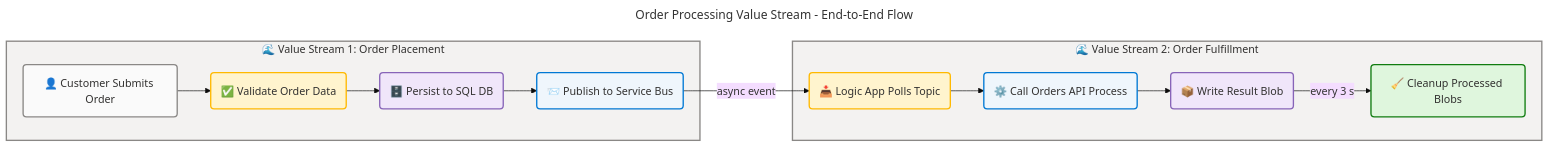
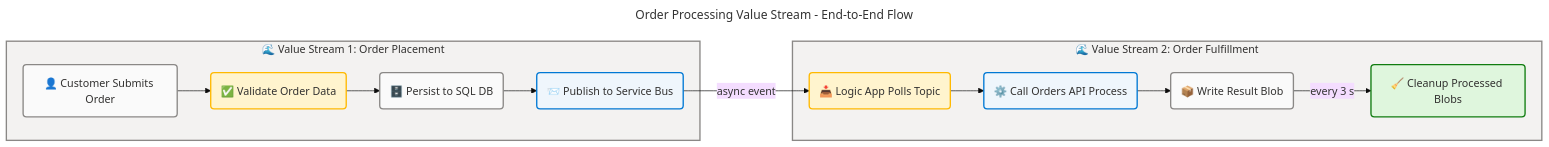
One commit to Evilazaro/Azure-LogicApps-Monitoring changed the third of 6 diagrams in docs/architecture/business-architecture.md. Above: the diagram before and after it, drawn with Mermaid. The commit also changed other lines of this file, not shown here.

Commit message:
style: Update class definitions in business architecture diagrams to use 'neutral' for data elements

````diff
--- a/docs/architecture/business-architecture.md
+++ b/docs/architecture/business-architecture.md
@@ -340,60 +336,57 @@
 ```mermaid
 ---
 title: Order Processing Value Stream - End-to-End Flow
 config:
   theme: base
   look: classic
   layout: dagre
   themeVariables:
     fontSize: '16px'
   flowchart:
     htmlLabels: true
 ---
 flowchart LR
     accTitle: Order Processing Value Stream Flow
     accDescr: End-to-end order processing value stream from customer order submission through validation, persistence, event-driven processing by Logic Apps, and blob-based state tracking with automated cleanup.
 
     %% ═══════════════════════════════════════════════════════════════════════════
     %% AZURE / FLUENT ARCHITECTURE PATTERN v1.1
     %% (Semantic + Structural + Font + Accessibility Governance)
     %% ═══════════════════════════════════════════════════════════════════════════
     %% PHASE 1 - FLUENT UI: All styling uses approved Fluent UI palette only
     %% PHASE 2 - GROUPS: Every subgraph has semantic color via style directive
     %% PHASE 3 - COMPONENTS: Every node has semantic classDef + icon prefix
     %% PHASE 4 - ACCESSIBILITY: accTitle/accDescr present, WCAG AA contrast
     %% PHASE 5 - STANDARD: Governance block present, classDefs centralized
     %% ═══════════════════════════════════════════════════════════════════════════
 
     subgraph vs1["🌊 Value Stream 1: Order Placement"]
         stepA("👤 Customer Submits Order"):::neutral
         stepB("✅ Validate Order Data"):::warning
-        stepC("🗄️ Persist to SQL DB"):::data
+        stepC("🗄️ Persist to SQL DB"):::neutral
         stepD("📨 Publish to Service Bus"):::core
     end
 
     subgraph vs2["🌊 Value Stream 2: Order Fulfillment"]
         stepE("📥 Logic App Polls Topic"):::warning
         stepF("⚙️ Call Orders API Process"):::core
-        stepG("📦 Write Result Blob"):::data
+        stepG("📦 Write Result Blob"):::neutral
         stepH("🧹 Cleanup Processed Blobs"):::success
     end
 
     stepA --> stepB
     stepB --> stepC
     stepC --> stepD
     stepD -->|"async event"| stepE
     stepE --> stepF
     stepF --> stepG
     stepG -->|"every 3 s"| stepH
 
     style vs1 fill:#F3F2F1,stroke:#8A8886,stroke-width:2px,color:#323130
     style vs2 fill:#F3F2F1,stroke:#8A8886,stroke-width:2px,color:#323130
 
     classDef neutral fill:#FAFAFA,stroke:#8A8886,stroke-width:2px,color:#323130
     classDef core fill:#EFF6FC,stroke:#0078D4,stroke-width:2px,color:#323130
     classDef success fill:#DFF6DD,stroke:#107C10,stroke-width:2px,color:#323130
     classDef warning fill:#FFF4CE,stroke:#FFB900,stroke-width:2px,color:#323130
-    classDef danger fill:#FDE7E9,stroke:#D13438,stroke-width:2px,color:#323130
-    classDef data fill:#F0E6FA,stroke:#8764B8,stroke-width:2px,color:#323130
-    classDef external fill:#E0F7F7,stroke:#038387,stroke-width:2px,color:#323130
 ```
````
